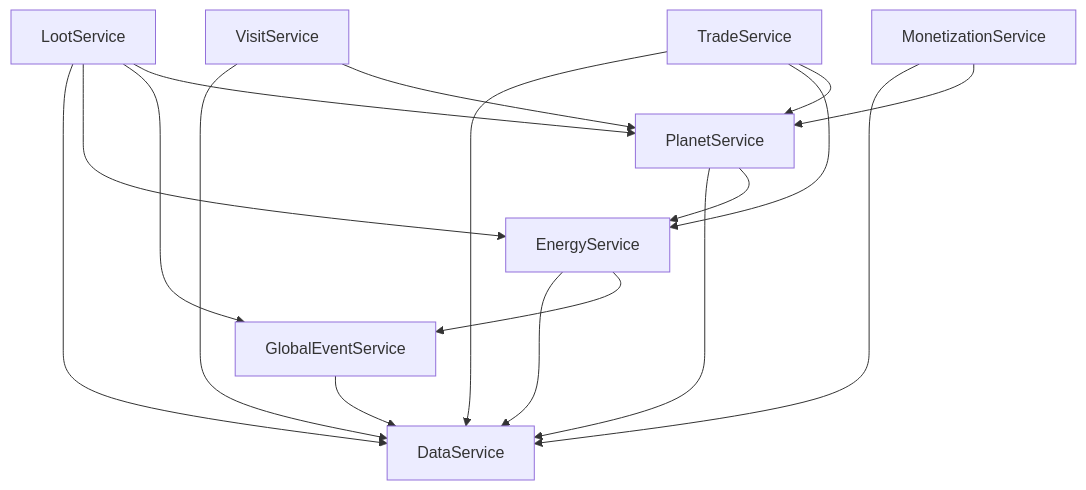
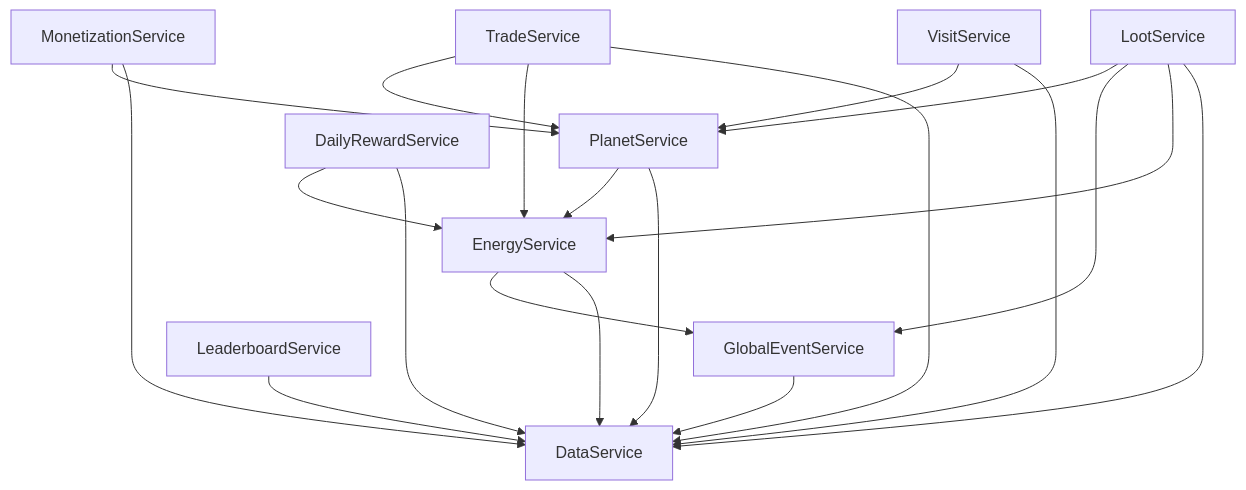
One commit to noahschilling2011-collab/roblox- changed the diagram in docs/ARCHITEKTUR.md. Above: the diagram before and after it, drawn with Mermaid. The commit also changed other lines of this file and 16 other files, not shown here.

````diff
--- a/docs/ARCHITEKTUR.md
+++ b/docs/ARCHITEKTUR.md
@@ -56,20 +59,23 @@
 ```mermaid
 graph TD
     Energy[EnergyService] --> Data[DataService]
     Planet[PlanetService] --> Data
     Loot[LootService] --> Data
     Event[GlobalEventService] --> Data
     Visit[VisitService] --> Data
     Trade[TradeService] --> Data
 
     Energy --> Event
     Planet --> Energy
     Loot --> Energy
     Loot --> Event
     Loot --> Planet
     Visit --> Planet
     Trade --> Energy
     Trade --> Planet
     Monetization[MonetizationService] --> Data
     Monetization --> Planet
+    Leaderboard[LeaderboardService] --> Data
+    Daily[DailyRewardService] --> Data
+    Daily --> Energy
 ```
````
